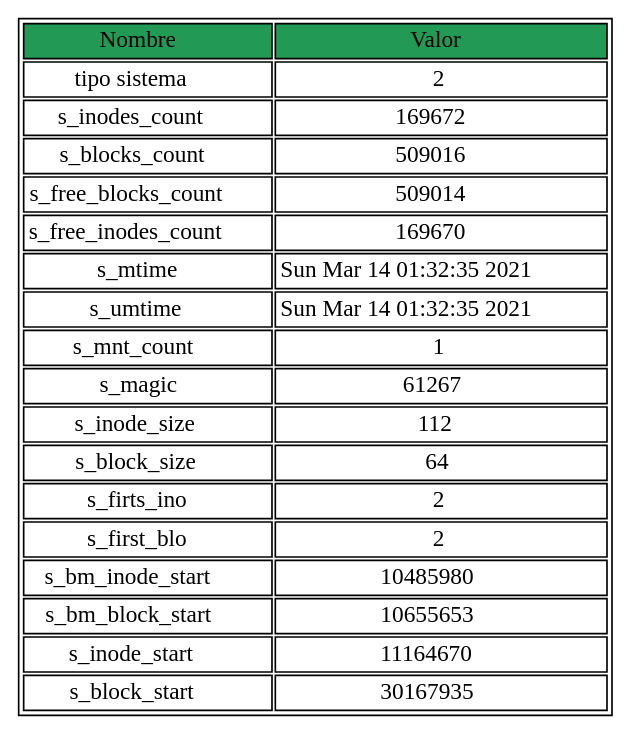
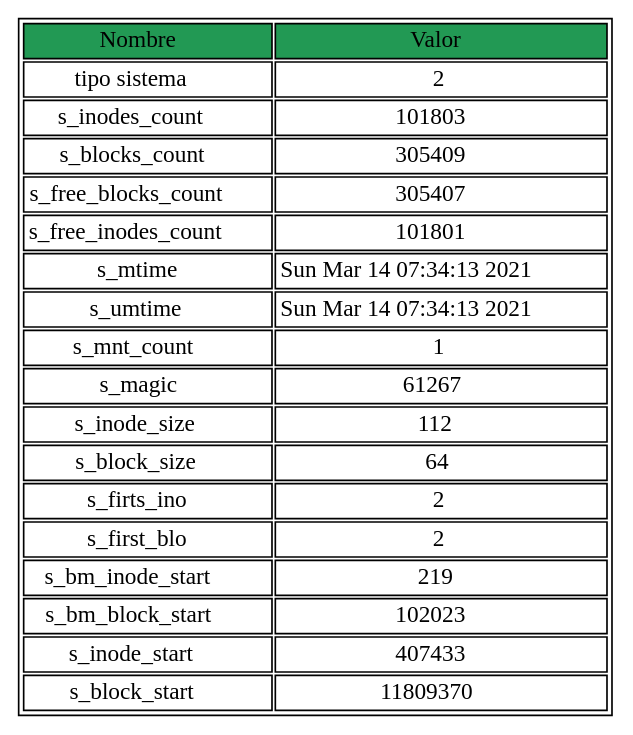
One commit to av-edson/-MIA-Proyecto1_201902302 changed the diagram in resultados/superBloque.dot. Above: the diagram before and after it, drawn with Graphviz. The commit also changed 33 other files, not shown here.

```diff
--- a/resultados/superBloque.dot
+++ b/resultados/superBloque.dot
@@ -1,24 +1,24 @@
 digraph D{node [ shape=none, margin=0 ]
 nuevo [label=<<TABLE  BORDER="1" CELLBORDER="1">
 <tr><td BGCOLOR="#229954">Nombre</td><td BGCOLOR="#229954">Valor</td></tr>
 <tr><td>tipo sistema</td><td>2</td></tr>
-<tr><td>s_inodes_count</td><td>169672</td></tr>
-<tr><td>s_blocks_count</td><td>509016</td></tr>
-<tr><td>s_free_blocks_count</td><td>509014</td></tr>
-<tr><td>s_free_inodes_count</td><td>169670</td></tr>
-<tr><td>s_mtime</td><td>Sun Mar 14 01:32:35 2021
+<tr><td>s_inodes_count</td><td>101803</td></tr>
+<tr><td>s_blocks_count</td><td>305409</td></tr>
+<tr><td>s_free_blocks_count</td><td>305407</td></tr>
+<tr><td>s_free_inodes_count</td><td>101801</td></tr>
+<tr><td>s_mtime</td><td>Sun Mar 14 07:34:13 2021
 </td></tr>
-<tr><td>s_umtime</td><td>Sun Mar 14 01:32:35 2021
+<tr><td>s_umtime</td><td>Sun Mar 14 07:34:13 2021
 </td></tr>
 <tr><td>s_mnt_count</td><td>1</td></tr>
 <tr><td>s_magic</td><td>61267</td></tr>
 <tr><td>s_inode_size</td><td>112</td></tr>
 <tr><td>s_block_size</td><td>64</td></tr>
 <tr><td>s_firts_ino</td><td>2</td></tr>
 <tr><td>s_first_blo</td><td>2</td></tr>
-<tr><td>s_bm_inode_start</td><td>10485980</td></tr>
-<tr><td>s_bm_block_start</td><td>10655653</td></tr>
-<tr><td>s_inode_start</td><td>11164670</td></tr>
-<tr><td>s_block_start</td><td>30167935</td></tr>
+<tr><td>s_bm_inode_start</td><td>219</td></tr>
+<tr><td>s_bm_block_start</td><td>102023</td></tr>
+<tr><td>s_inode_start</td><td>407433</td></tr>
+<tr><td>s_block_start</td><td>11809370</td></tr>
 </TABLE>>]
 }
```
